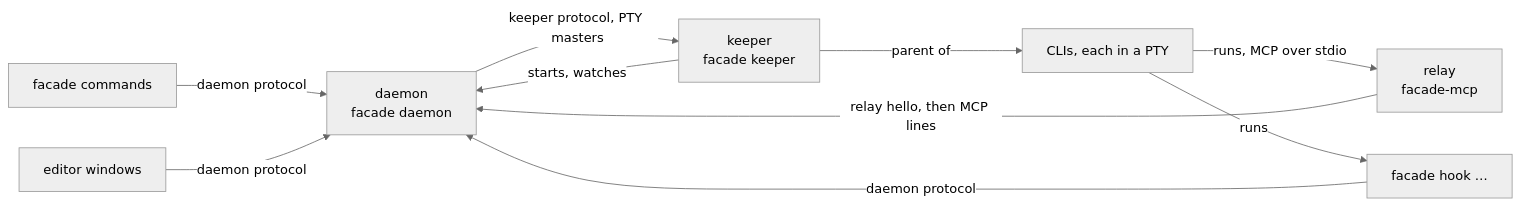
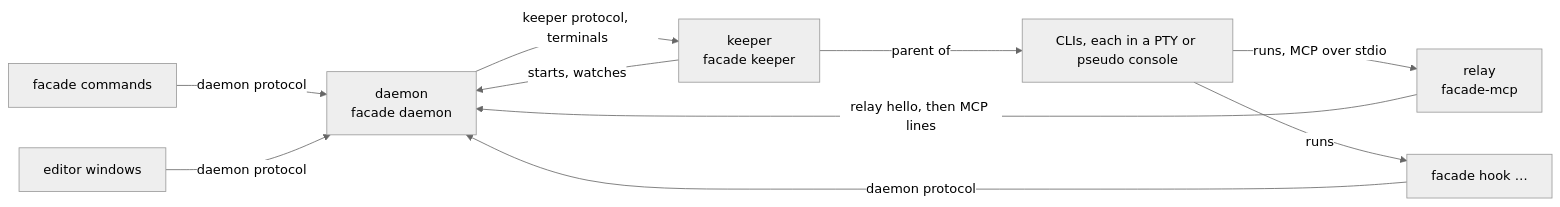
Before and after one commit to y5ez3g/facadecode: the diagram in docs/core/ARCHITECTURE.md, drawn with Mermaid (neutral theme). The commit also changed other lines of this file and 3 other files, not shown here.

First line of the commit message:
docs(core): core on Windows, in the architecture, features, scripts and README

````diff
--- a/docs/core/ARCHITECTURE.md
+++ b/docs/core/ARCHITECTURE.md
@@ -9,12 +9,12 @@
 ```mermaid
 flowchart LR
     P["facade commands"] -->|daemon protocol| D["daemon<br/>facade daemon"]
     E["editor windows"] -->|daemon protocol| D
     K["keeper<br/>facade keeper"] -->|starts, watches| D
-    D -->|keeper protocol, PTY masters| K
-    K -->|parent of| C["CLIs, each in a PTY"]
+    D -->|keeper protocol, terminals| K
+    K -->|parent of| C["CLIs, each in a PTY or pseudo console"]
     C -->|runs, MCP over stdio| R["relay<br/>facade-mcp"]
     R -->|relay hello, then MCP lines| D
     C -->|runs| H["facade hook …"]
     H -->|daemon protocol| D
 ```
````
